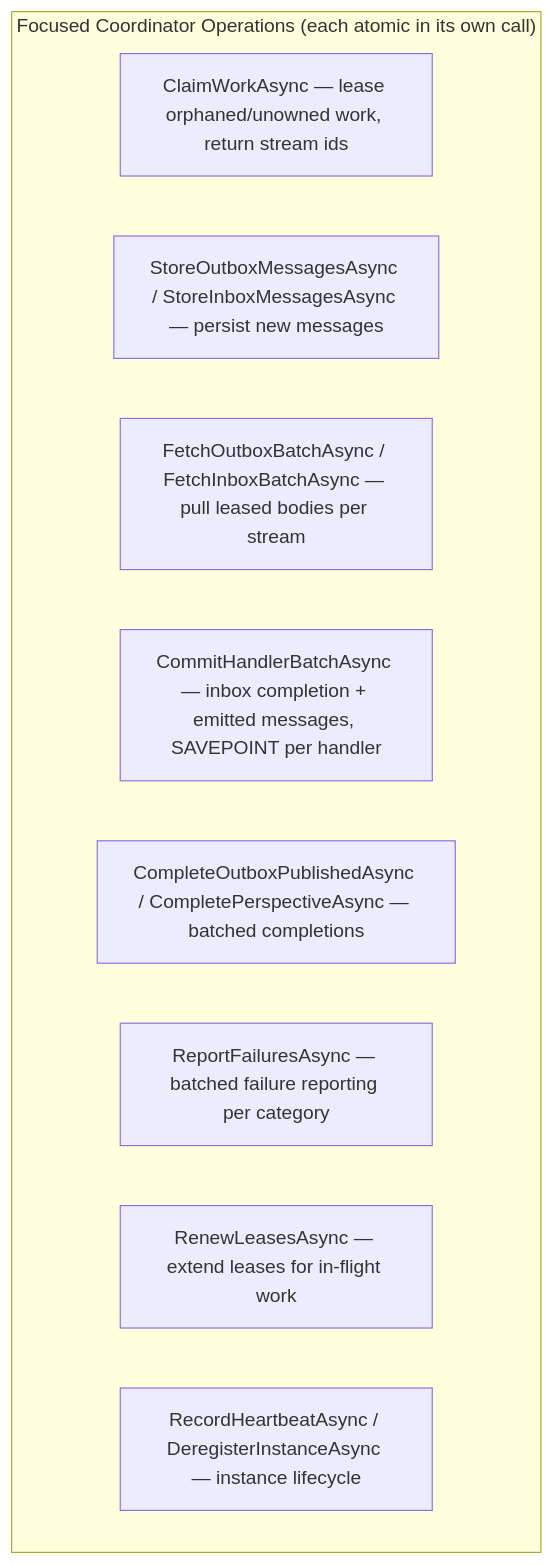
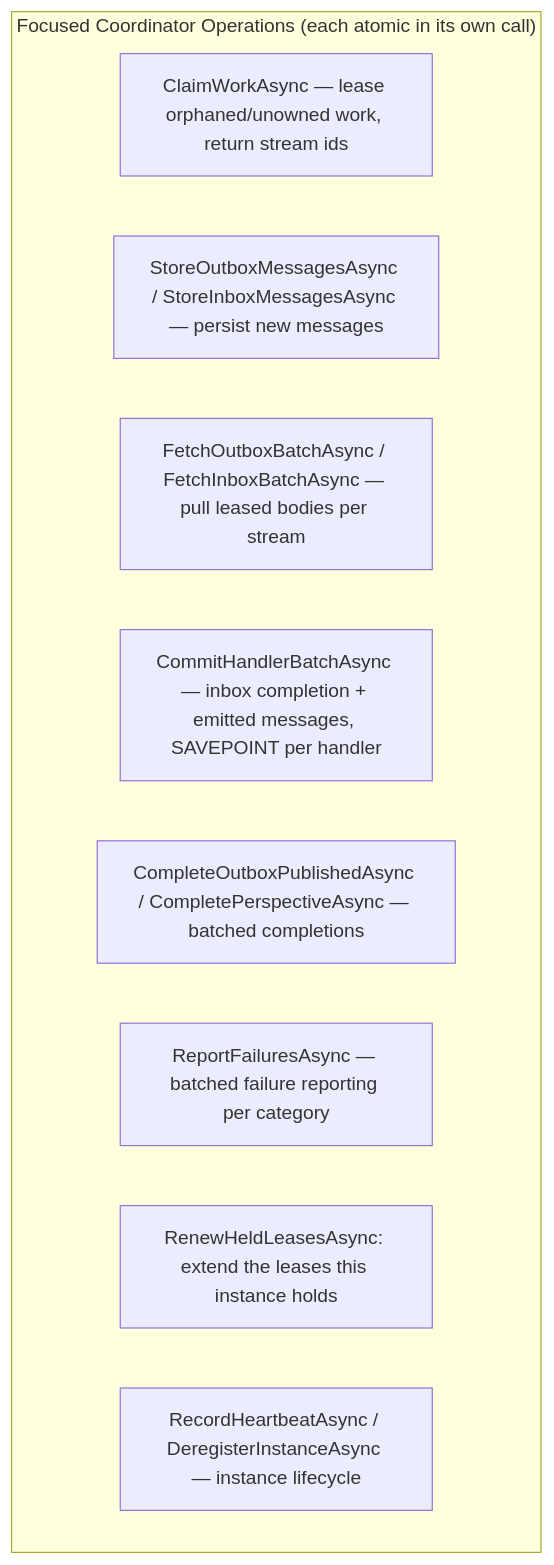
The diagram in src/assets/docs/v1.0.0/messaging/work-coordinator.md (whizbang-lib/whizbang-lib.github.io), drawn with Mermaid before and after one commit. The commit also changed other lines of this file and 9 other files, not shown here.

First line of the commit message:
docs: lease renewal extends only the leases the renewing instance holds

````diff
--- a/src/assets/docs/v1.0.0/messaging/work-coordinator.md
+++ b/src/assets/docs/v1.0.0/messaging/work-coordinator.md
@@ -51,15 +54,15 @@
 ```mermaid{caption="The Work Coordinator's focused operations — claim, store, fetch, commit, complete, fail, renew, heartbeat — each atomic in its own call, with the handler-commit path bundling inbox completion and emitted messages."}
 flowchart TD
     subgraph Ops["Focused Coordinator Operations (each atomic in its own call)"]
         Claim["ClaimWorkAsync — lease orphaned/unowned work, return stream ids"]
         Store["StoreOutboxMessagesAsync / StoreInboxMessagesAsync — persist new messages"]
         Fetch["FetchOutboxBatchAsync / FetchInboxBatchAsync — pull leased bodies per stream"]
         Commit["CommitHandlerBatchAsync — inbox completion + emitted messages, SAVEPOINT per handler"]
         Complete["CompleteOutboxPublishedAsync / CompletePerspectiveAsync — batched completions"]
         Fail["ReportFailuresAsync — batched failure reporting per category"]
-        Lease["RenewLeasesAsync — extend leases for in-flight work"]
+        Lease["RenewHeldLeasesAsync: extend the leases this instance holds"]
         Heart["RecordHeartbeatAsync / DeregisterInstanceAsync — instance lifecycle"]
     end
 
     class Claim layer-event
 ```
````
